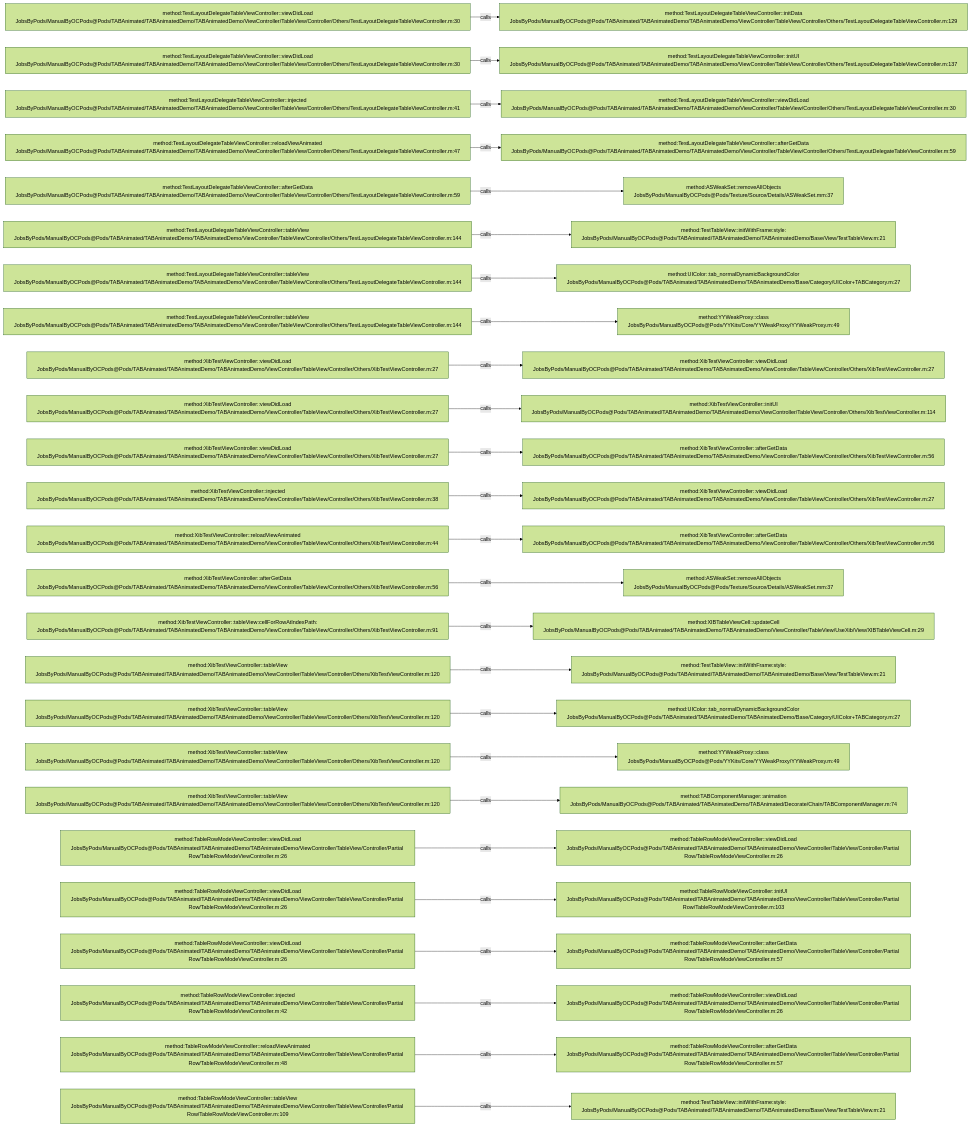
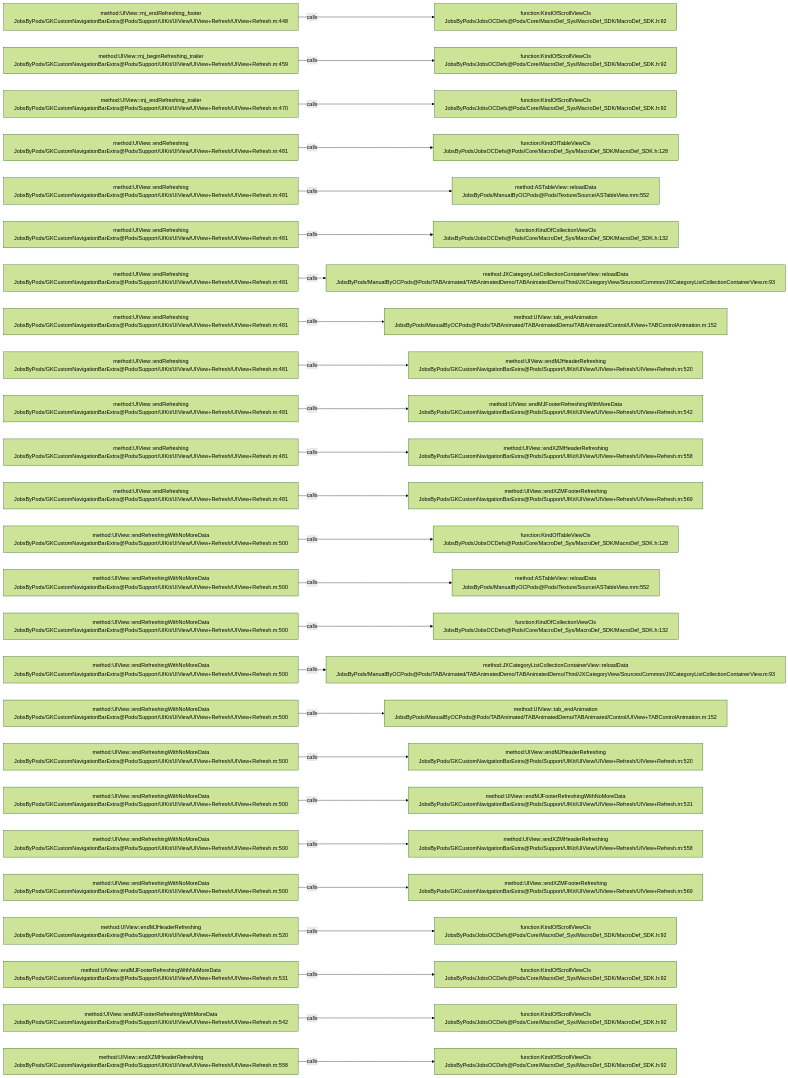
One commit to JobsKits/JobsOCBaseConfigDemo changed the diagram in .codegraph/codegraph.md/graphs/calls-046.md. Above: the diagram before and after it, drawn with Mermaid (forest theme). The commit also changed 768 other files, not shown here.

````diff
--- a/.codegraph/codegraph.md/graphs/calls-046.md
+++ b/.codegraph/codegraph.md/graphs/calls-046.md
@@ -13,78 +13,78 @@
 ```mermaid
 flowchart LR
-  S1["method:TestLayoutDelegateTableViewController::viewDidLoad<br/>JobsByPods/ManualByOCPods@Pods/TABAnimated/TABAnimatedDemo/TABAnimatedDemo/ViewController/TableView/Controller/Others/TestLayoutDelegateTableViewController.m:30"]
-  T1["method:TestLayoutDelegateTableViewController::initData<br/>JobsByPods/ManualByOCPods@Pods/TABAnimated/TABAnimatedDemo/TABAnimatedDemo/ViewController/TableView/Controller/Others/TestLayoutDelegateTableViewController.m:129"]
+  S1["method:UIView::mj_endRefreshing_footer<br/>JobsByPods/GKCustomNavigationBarExtra@Pods/Support/UIKit/UIView/UIView+Refresh/UIView+Refresh.m:448"]
+  T1["function:KindOfScrollViewCls<br/>JobsByPods/JobsOCDefs@Pods/Core/MacroDef_Sys/MacroDef_SDK/MacroDef_SDK.h:92"]
   S1 -->|calls| T1
-  S2["method:TestLayoutDelegateTableViewController::viewDidLoad<br/>JobsByPods/ManualByOCPods@Pods/TABAnimated/TABAnimatedDemo/TABAnimatedDemo/ViewController/TableView/Controller/Others/TestLayoutDelegateTableViewController.m:30"]
-  T2["method:TestLayoutDelegateTableViewController::initUI<br/>JobsByPods/ManualByOCPods@Pods/TABAnimated/TABAnimatedDemo/TABAnimatedDemo/ViewController/TableView/Controller/Others/TestLayoutDelegateTableViewController.m:137"]
+  S2["method:UIView::mj_beginRefreshing_trailer<br/>JobsByPods/GKCustomNavigationBarExtra@Pods/Support/UIKit/UIView/UIView+Refresh/UIView+Refresh.m:459"]
+  T2["function:KindOfScrollViewCls<br/>JobsByPods/JobsOCDefs@Pods/Core/MacroDef_Sys/MacroDef_SDK/MacroDef_SDK.h:92"]
   S2 -->|calls| T2
-  S3["method:TestLayoutDelegateTableViewController::injected<br/>JobsByPods/ManualByOCPods@Pods/TABAnimated/TABAnimatedDemo/TABAnimatedDemo/ViewController/TableView/Controller/Others/TestLayoutDelegateTableViewController.m:41"]
-  T3["method:TestLayoutDelegateTableViewController::viewDidLoad<br/>JobsByPods/ManualByOCPods@Pods/TABAnimated/TABAnimatedDemo/TABAnimatedDemo/ViewController/TableView/Controller/Others/TestLayoutDelegateTableViewController.m:30"]
+  S3["method:UIView::mj_endRefreshing_trailer<br/>JobsByPods/GKCustomNavigationBarExtra@Pods/Support/UIKit/UIView/UIView+Refresh/UIView+Refresh.m:470"]
+  T3["function:KindOfScrollViewCls<br/>JobsByPods/JobsOCDefs@Pods/Core/MacroDef_Sys/MacroDef_SDK/MacroDef_SDK.h:92"]
   S3 -->|calls| T3
-  S4["method:TestLayoutDelegateTableViewController::reloadViewAnimated<br/>JobsByPods/ManualByOCPods@Pods/TABAnimated/TABAnimatedDemo/TABAnimatedDemo/ViewController/TableView/Controller/Others/TestLayoutDelegateTableViewController.m:47"]
-  T4["method:TestLayoutDelegateTableViewController::afterGetData<br/>JobsByPods/ManualByOCPods@Pods/TABAnimated/TABAnimatedDemo/TABAnimatedDemo/ViewController/TableView/Controller/Others/TestLayoutDelegateTableViewController.m:59"]
+  S4["method:UIView::endRefreshing<br/>JobsByPods/GKCustomNavigationBarExtra@Pods/Support/UIKit/UIView/UIView+Refresh/UIView+Refresh.m:481"]
+  T4["function:KindOfTableViewCls<br/>JobsByPods/JobsOCDefs@Pods/Core/MacroDef_Sys/MacroDef_SDK/MacroDef_SDK.h:128"]
   S4 -->|calls| T4
-  S5["method:TestLayoutDelegateTableViewController::afterGetData<br/>JobsByPods/ManualByOCPods@Pods/TABAnimated/TABAnimatedDemo/TABAnimatedDemo/ViewController/TableView/Controller/Others/TestLayoutDelegateTableViewController.m:59"]
-  T5["method:ASWeakSet::removeAllObjects<br/>JobsByPods/ManualByOCPods@Pods/Texture/Source/Details/ASWeakSet.mm:37"]
+  S5["method:UIView::endRefreshing<br/>JobsByPods/GKCustomNavigationBarExtra@Pods/Support/UIKit/UIView/UIView+Refresh/UIView+Refresh.m:481"]
+  T5["method:ASTableView::reloadData<br/>JobsByPods/ManualByOCPods@Pods/Texture/Source/ASTableView.mm:552"]
   S5 -->|calls| T5
-  S6["method:TestLayoutDelegateTableViewController::tableView<br/>JobsByPods/ManualByOCPods@Pods/TABAnimated/TABAnimatedDemo/TABAnimatedDemo/ViewController/TableView/Controller/Others/TestLayoutDelegateTableViewController.m:144"]
-  T6["method:TestTableView::initWithFrame:style:<br/>JobsByPods/ManualByOCPods@Pods/TABAnimated/TABAnimatedDemo/TABAnimatedDemo/Base/View/TestTableView.m:21"]
+  S6["method:UIView::endRefreshing<br/>JobsByPods/GKCustomNavigationBarExtra@Pods/Support/UIKit/UIView/UIView+Refresh/UIView+Refresh.m:481"]
+  T6["function:KindOfCollectionViewCls<br/>JobsByPods/JobsOCDefs@Pods/Core/MacroDef_Sys/MacroDef_SDK/MacroDef_SDK.h:132"]
   S6 -->|calls| T6
-  S7["method:TestLayoutDelegateTableViewController::tableView<br/>JobsByPods/ManualByOCPods@Pods/TABAnimated/TABAnimatedDemo/TABAnimatedDemo/ViewController/TableView/Controller/Others/TestLayoutDelegateTableViewController.m:144"]
-  T7["method:UIColor::tab_normalDynamicBackgroundColor<br/>JobsByPods/ManualByOCPods@Pods/TABAnimated/TABAnimatedDemo/TABAnimatedDemo/Base/Category/UIColor+TABCategory.m:27"]
+  S7["method:UIView::endRefreshing<br/>JobsByPods/GKCustomNavigationBarExtra@Pods/Support/UIKit/UIView/UIView+Refresh/UIView+Refresh.m:481"]
+  T7["method:JXCategoryListCollectionContainerView::reloadData<br/>JobsByPods/ManualByOCPods@Pods/TABAnimated/TABAnimatedDemo/TABAnimatedDemo/Third/JXCategoryView/Sources/Common/JXCategoryListCollectionContainerView.m:93"]
   S7 -->|calls| T7
-  S8["method:TestLayoutDelegateTableViewController::tableView<br/>JobsByPods/ManualByOCPods@Pods/TABAnimated/TABAnimatedDemo/TABAnimatedDemo/ViewController/TableView/Controller/Others/TestLayoutDelegateTableViewController.m:144"]
-  T8["method:YYWeakProxy::class<br/>JobsByPods/ManualByOCPods@Pods/YYKits/Core/YYWeakProxy/YYWeakProxy.m:49"]
+  S8["method:UIView::endRefreshing<br/>JobsByPods/GKCustomNavigationBarExtra@Pods/Support/UIKit/UIView/UIView+Refresh/UIView+Refresh.m:481"]
+  T8["method:UIView::tab_endAnimation<br/>JobsByPods/ManualByOCPods@Pods/TABAnimated/TABAnimatedDemo/TABAnimated/Control/UIView+TABControlAnimation.m:152"]
   S8 -->|calls| T8
-  S9["method:XibTestViewController::viewDidLoad<br/>JobsByPods/ManualByOCPods@Pods/TABAnimated/TABAnimatedDemo/TABAnimatedDemo/ViewController/TableView/Controller/Others/XibTestViewController.m:27"]
-  T9["method:XibTestViewController::viewDidLoad<br/>JobsByPods/ManualByOCPods@Pods/TABAnimated/TABAnimatedDemo/TABAnimatedDemo/ViewController/TableView/Controller/Others/XibTestViewController.m:27"]
+  S9["method:UIView::endRefreshing<br/>JobsByPods/GKCustomNavigationBarExtra@Pods/Support/UIKit/UIView/UIView+Refresh/UIView+Refresh.m:481"]
+  T9["method:UIView::endMJHeaderRefreshing<br/>JobsByPods/GKCustomNavigationBarExtra@Pods/Support/UIKit/UIView/UIView+Refresh/UIView+Refresh.m:520"]
   S9 -->|calls| T9
-  S10["method:XibTestViewController::viewDidLoad<br/>JobsByPods/ManualByOCPods@Pods/TABAnimated/TABAnimatedDemo/TABAnimatedDemo/ViewController/TableView/Controller/Others/XibTestViewController.m:27"]
-  T10["method:XibTestViewController::initUI<br/>JobsByPods/ManualByOCPods@Pods/TABAnimated/TABAnimatedDemo/TABAnimatedDemo/ViewController/TableView/Controller/Others/XibTestViewController.m:114"]
+  S10["method:UIView::endRefreshing<br/>JobsByPods/GKCustomNavigationBarExtra@Pods/Support/UIKit/UIView/UIView+Refresh/UIView+Refresh.m:481"]
+  T10["method:UIView::endMJFooterRefreshingWithMoreData<br/>JobsByPods/GKCustomNavigationBarExtra@Pods/Support/UIKit/UIView/UIView+Refresh/UIView+Refresh.m:542"]
   S10 -->|calls| T10
-  S11["method:XibTestViewController::viewDidLoad<br/>JobsByPods/ManualByOCPods@Pods/TABAnimated/TABAnimatedDemo/TABAnimatedDemo/ViewController/TableView/Controller/Others/XibTestViewController.m:27"]
-  T11["method:XibTestViewController::afterGetData<br/>JobsByPods/ManualByOCPods@Pods/TABAnimated/TABAnimatedDemo/TABAnimatedDemo/ViewController/TableView/Controller/Others/XibTestViewController.m:56"]
+  S11["method:UIView::endRefreshing<br/>JobsByPods/GKCustomNavigationBarExtra@Pods/Support/UIKit/UIView/UIView+Refresh/UIView+Refresh.m:481"]
+  T11["method:UIView::endXZMHeaderRefreshing<br/>JobsByPods/GKCustomNavigationBarExtra@Pods/Support/UIKit/UIView/UIView+Refresh/UIView+Refresh.m:558"]
   S11 -->|calls| T11
-  S12["method:XibTestViewController::injected<br/>JobsByPods/ManualByOCPods@Pods/TABAnimated/TABAnimatedDemo/TABAnimatedDemo/ViewController/TableView/Controller/Others/XibTestViewController.m:38"]
-  T12["method:XibTestViewController::viewDidLoad<br/>JobsByPods/ManualByOCPods@Pods/TABAnimated/TABAnimatedDemo/TABAnimatedDemo/ViewController/TableView/Controller/Others/XibTestViewController.m:27"]
+  S12["method:UIView::endRefreshing<br/>JobsByPods/GKCustomNavigationBarExtra@Pods/Support/UIKit/UIView/UIView+Refresh/UIView+Refresh.m:481"]
+  T12["method:UIView::endXZMFooterRefreshing<br/>JobsByPods/GKCustomNavigationBarExtra@Pods/Support/UIKit/UIView/UIView+Refresh/UIView+Refresh.m:569"]
   S12 -->|calls| T12
-  S13["method:XibTestViewController::reloadViewAnimated<br/>JobsByPods/ManualByOCPods@Pods/TABAnimated/TABAnimatedDemo/TABAnimatedDemo/ViewController/TableView/Controller/Others/XibTestViewController.m:44"]
-  T13["method:XibTestViewController::afterGetData<br/>JobsByPods/ManualByOCPods@Pods/TABAnimated/TABAnimatedDemo/TABAnimatedDemo/ViewController/TableView/Controller/Others/XibTestViewController.m:56"]
+  S13["method:UIView::endRefreshingWithNoMoreData<br/>JobsByPods/GKCustomNavigationBarExtra@Pods/Support/UIKit/UIView/UIView+Refresh/UIView+Refresh.m:500"]
+  T13["function:KindOfTableViewCls<br/>JobsByPods/JobsOCDefs@Pods/Core/MacroDef_Sys/MacroDef_SDK/MacroDef_SDK.h:128"]
   S13 -->|calls| T13
-  S14["method:XibTestViewController::afterGetData<br/>JobsByPods/ManualByOCPods@Pods/TABAnimated/TABAnimatedDemo/TABAnimatedDemo/ViewController/TableView/Controller/Others/XibTestViewController.m:56"]
-  T14["method:ASWeakSet::removeAllObjects<br/>JobsByPods/ManualByOCPods@Pods/Texture/Source/Details/ASWeakSet.mm:37"]
+  S14["method:UIView::endRefreshingWithNoMoreData<br/>JobsByPods/GKCustomNavigationBarExtra@Pods/Support/UIKit/UIView/UIView+Refresh/UIView+Refresh.m:500"]
+  T14["method:ASTableView::reloadData<br/>JobsByPods/ManualByOCPods@Pods/Texture/Source/ASTableView.mm:552"]
   S14 -->|calls| T14
-  S15["method:XibTestViewController::tableView:cellForRowAtIndexPath:<br/>JobsByPods/ManualByOCPods@Pods/TABAnimated/TABAnimatedDemo/TABAnimatedDemo/ViewController/TableView/Controller/Others/XibTestViewController.m:91"]
-  T15["method:XIBTableViewCell::updateCell<br/>JobsByPods/ManualByOCPods@Pods/TABAnimated/TABAnimatedDemo/TABAnimatedDemo/ViewController/TableView/UseXib/View/XIBTableViewCell.m:29"]
+  S15["method:UIView::endRefreshingWithNoMoreData<br/>JobsByPods/GKCustomNavigationBarExtra@Pods/Support/UIKit/UIView/UIView+Refresh/UIView+Refresh.m:500"]
+  T15["function:KindOfCollectionViewCls<br/>JobsByPods/JobsOCDefs@Pods/Core/MacroDef_Sys/MacroDef_SDK/MacroDef_SDK.h:132"]
   S15 -->|calls| T15
-  S16["method:XibTestViewController::tableView<br/>JobsByPods/ManualByOCPods@Pods/TABAnimated/TABAnimatedDemo/TABAnimatedDemo/ViewController/TableView/Controller/Others/XibTestViewController.m:120"]
-  T16["method:TestTableView::initWithFrame:style:<br/>JobsByPods/ManualByOCPods@Pods/TABAnimated/TABAnimatedDemo/TABAnimatedDemo/Base/View/TestTableView.m:21"]
+  S16["method:UIView::endRefreshingWithNoMoreData<br/>JobsByPods/GKCustomNavigationBarExtra@Pods/Support/UIKit/UIView/UIView+Refresh/UIView+Refresh.m:500"]
+  T16["method:JXCategoryListCollectionContainerView::reloadData<br/>JobsByPods/ManualByOCPods@Pods/TABAnimated/TABAnimatedDemo/TABAnimatedDemo/Third/JXCategoryView/Sources/Common/JXCategoryListCollectionContainerView.m:93"]
   S16 -->|calls| T16
-  S17["method:XibTestViewController::tableView<br/>JobsByPods/ManualByOCPods@Pods/TABAnimated/TABAnimatedDemo/TABAnimatedDemo/ViewController/TableView/Controller/Others/XibTestViewController.m:120"]
-  T17["method:UIColor::tab_normalDynamicBackgroundColor<br/>JobsByPods/ManualByOCPods@Pods/TABAnimated/TABAnimatedDemo/TABAnimatedDemo/Base/Category/UIColor+TABCategory.m:27"]
+  S17["method:UIView::endRefreshingWithNoMoreData<br/>JobsByPods/GKCustomNavigationBarExtra@Pods/Support/UIKit/UIView/UIView+Refresh/UIView+Refresh.m:500"]
+  T17["method:UIView::tab_endAnimation<br/>JobsByPods/ManualByOCPods@Pods/TABAnimated/TABAnimatedDemo/TABAnimated/Control/UIView+TABControlAnimation.m:152"]
   S17 -->|calls| T17
-  S18["method:XibTestViewController::tableView<br/>JobsByPods/ManualByOCPods@Pods/TABAnimated/TABAnimatedDemo/TABAnimatedDemo/ViewController/TableView/Controller/Others/XibTestViewController.m:120"]
-  T18["method:YYWeakProxy::class<br/>JobsByPods/ManualByOCPods@Pods/YYKits/Core/YYWeakProxy/YYWeakProxy.m:49"]
+  S18["method:UIView::endRefreshingWithNoMoreData<br/>JobsByPods/GKCustomNavigationBarExtra@Pods/Support/UIKit/UIView/UIView+Refresh/UIView+Refresh.m:500"]
+  T18["method:UIView::endMJHeaderRefreshing<br/>JobsByPods/GKCustomNavigationBarExtra@Pods/Support/UIKit/UIView/UIView+Refresh/UIView+Refresh.m:520"]
   S18 -->|calls| T18
-  S19["method:XibTestViewController::tableView<br/>JobsByPods/ManualByOCPods@Pods/TABAnimated/TABAnimatedDemo/TABAnimatedDemo/ViewController/TableView/Controller/Others/XibTestViewController.m:120"]
-  T19["method:TABComponentManager::animation<br/>JobsByPods/ManualByOCPods@Pods/TABAnimated/TABAnimatedDemo/TABAnimated/Decorate/Chain/TABComponentManager.m:74"]
+  S19["method:UIView::endRefreshingWithNoMoreData<br/>JobsByPods/GKCustomNavigationBarExtra@Pods/Support/UIKit/UIView/UIView+Refresh/UIView+Refresh.m:500"]
+  T19["method:UIView::endMJFooterRefreshingWithNoMoreData<br/>JobsByPods/GKCustomNavigationBarExtra@Pods/Support/UIKit/UIView/UIView+Refresh/UIView+Refresh.m:531"]
   S19 -->|calls| T19
-  S20["method:TableRowModeViewController::viewDidLoad<br/>JobsByPods/ManualByOCPods@Pods/TABAnimated/TABAnimatedDemo/TABAnimatedDemo/ViewController/TableView/Controller/Partial Row/TableRowModeViewController.m:26"]
-  T20["method:TableRowModeViewController::viewDidLoad<br/>JobsByPods/ManualByOCPods@Pods/TABAnimated/TABAnimatedDemo/TABAnimatedDemo/ViewController/TableView/Controller/Partial Row/TableRowModeViewController.m:26"]
+  S20["method:UIView::endRefreshingWithNoMoreData<br/>JobsByPods/GKCustomNavigationBarExtra@Pods/Support/UIKit/UIView/UIView+Refresh/UIView+Refresh.m:500"]
+  T20["method:UIView::endXZMHeaderRefreshing<br/>JobsByPods/GKCustomNavigationBarExtra@Pods/Support/UIKit/UIView/UIView+Refresh/UIView+Refresh.m:558"]
   S20 -->|calls| T20
-  S21["method:TableRowModeViewController::viewDidLoad<br/>JobsByPods/ManualByOCPods@Pods/TABAnimated/TABAnimatedDemo/TABAnimatedDemo/ViewController/TableView/Controller/Partial Row/TableRowModeViewController.m:26"]
-  T21["method:TableRowModeViewController::initUI<br/>JobsByPods/ManualByOCPods@Pods/TABAnimated/TABAnimatedDemo/TABAnimatedDemo/ViewController/TableView/Controller/Partial Row/TableRowModeViewController.m:103"]
+  S21["method:UIView::endRefreshingWithNoMoreData<br/>JobsByPods/GKCustomNavigationBarExtra@Pods/Support/UIKit/UIView/UIView+Refresh/UIView+Refresh.m:500"]
+  T21["method:UIView::endXZMFooterRefreshing<br/>JobsByPods/GKCustomNavigationBarExtra@Pods/Support/UIKit/UIView/UIView+Refresh/UIView+Refresh.m:569"]
   S21 -->|calls| T21
-  S22["method:TableRowModeViewController::viewDidLoad<br/>JobsByPods/ManualByOCPods@Pods/TABAnimated/TABAnimatedDemo/TABAnimatedDemo/ViewController/TableView/Controller/Partial Row/TableRowModeViewController.m:26"]
-  T22["method:TableRowModeViewController::afterGetData<br/>JobsByPods/ManualByOCPods@Pods/TABAnimated/TABAnimatedDemo/TABAnimatedDemo/ViewController/TableView/Controller/Partial Row/TableRowModeViewController.m:57"]
+  S22["method:UIView::endMJHeaderRefreshing<br/>JobsByPods/GKCustomNavigationBarExtra@Pods/Support/UIKit/UIView/UIView+Refresh/UIView+Refresh.m:520"]
+  T22["function:KindOfScrollViewCls<br/>JobsByPods/JobsOCDefs@Pods/Core/MacroDef_Sys/MacroDef_SDK/MacroDef_SDK.h:92"]
   S22 -->|calls| T22
-  S23["method:TableRowModeViewController::injected<br/>JobsByPods/ManualByOCPods@Pods/TABAnimated/TABAnimatedDemo/TABAnimatedDemo/ViewController/TableView/Controller/Partial Row/TableRowModeViewController.m:42"]
-  T23["method:TableRowModeViewController::viewDidLoad<br/>JobsByPods/ManualByOCPods@Pods/TABAnimated/TABAnimatedDemo/TABAnimatedDemo/ViewController/TableView/Controller/Partial Row/TableRowModeViewController.m:26"]
+  S23["method:UIView::endMJFooterRefreshingWithNoMoreData<br/>JobsByPods/GKCustomNavigationBarExtra@Pods/Support/UIKit/UIView/UIView+Refresh/UIView+Refresh.m:531"]
+  T23["function:KindOfScrollViewCls<br/>JobsByPods/JobsOCDefs@Pods/Core/MacroDef_Sys/MacroDef_SDK/MacroDef_SDK.h:92"]
   S23 -->|calls| T23
-  S24["method:TableRowModeViewController::reloadViewAnimated<br/>JobsByPods/ManualByOCPods@Pods/TABAnimated/TABAnimatedDemo/TABAnimatedDemo/ViewController/TableView/Controller/Partial Row/TableRowModeViewController.m:48"]
-  T24["method:TableRowModeViewController::afterGetData<br/>JobsByPods/ManualByOCPods@Pods/TABAnimated/TABAnimatedDemo/TABAnimatedDemo/ViewController/TableView/Controller/Partial Row/TableRowModeViewController.m:57"]
+  S24["method:UIView::endMJFooterRefreshingWithMoreData<br/>JobsByPods/GKCustomNavigationBarExtra@Pods/Support/UIKit/UIView/UIView+Refresh/UIView+Refresh.m:542"]
+  T24["function:KindOfScrollViewCls<br/>JobsByPods/JobsOCDefs@Pods/Core/MacroDef_Sys/MacroDef_SDK/MacroDef_SDK.h:92"]
   S24 -->|calls| T24
-  S25["method:TableRowModeViewController::tableView<br/>JobsByPods/ManualByOCPods@Pods/TABAnimated/TABAnimatedDemo/TABAnimatedDemo/ViewController/TableView/Controller/Partial Row/TableRowModeViewController.m:109"]
-  T25["method:TestTableView::initWithFrame:style:<br/>JobsByPods/ManualByOCPods@Pods/TABAnimated/TABAnimatedDemo/TABAnimatedDemo/Base/View/TestTableView.m:21"]
+  S25["method:UIView::endXZMHeaderRefreshing<br/>JobsByPods/GKCustomNavigationBarExtra@Pods/Support/UIKit/UIView/UIView+Refresh/UIView+Refresh.m:558"]
+  T25["function:KindOfScrollViewCls<br/>JobsByPods/JobsOCDefs@Pods/Core/MacroDef_Sys/MacroDef_SDK/MacroDef_SDK.h:92"]
   S25 -->|calls| T25
 ```
````
